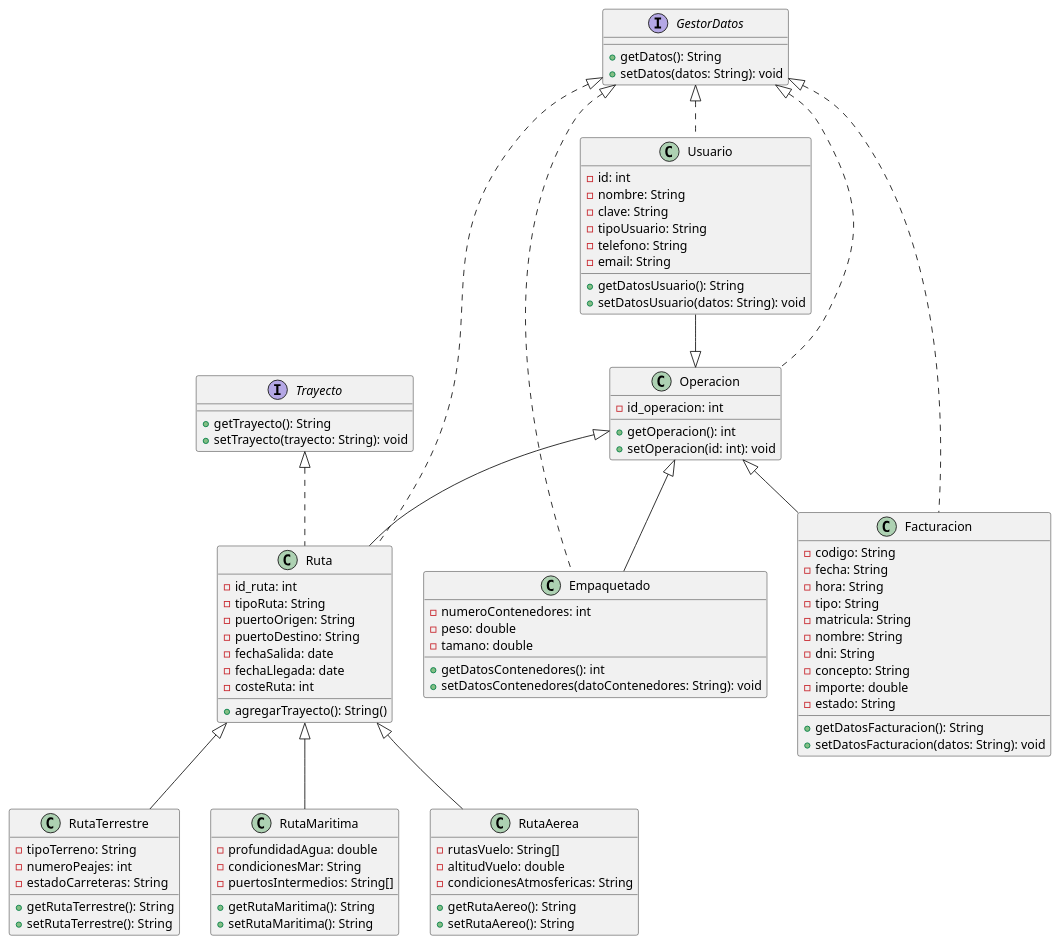
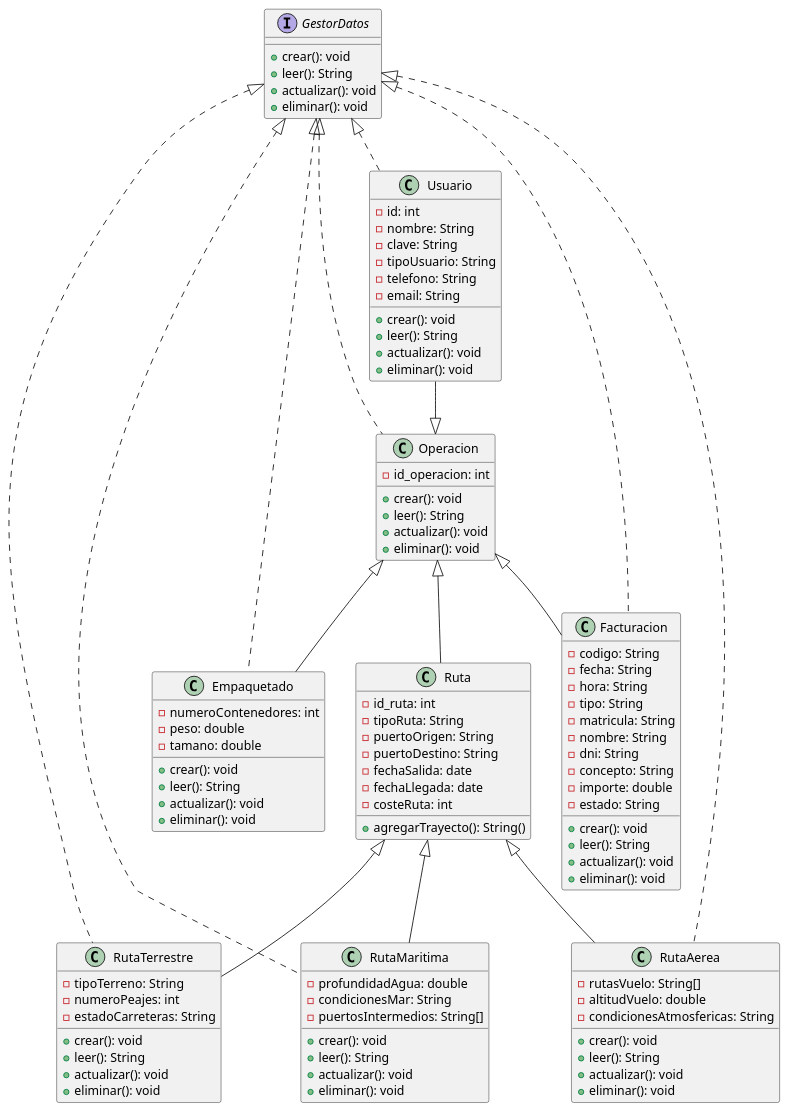
One commit to BenjaLuke/ProyectoProgramacion changed the diagram in diagramas_de_clases_Luis/diagrama_clases_1.2.3.puml. Above: the diagram before and after it, drawn with PlantUML.

Commit message:
actualizacion diagrama clases

```diff
--- a/diagramas_de_clases_Luis/diagrama_clases_1.2.3.puml
+++ b/diagramas_de_clases_Luis/diagrama_clases_1.2.3.puml
@@ -1,119 +1,132 @@
 @startuml
 
 
 class Usuario implements GestorDatos{
     - id: int
     - nombre: String
     - clave: String
     - tipoUsuario: String
     - telefono: String
     - email: String
     
-    + getDatosUsuario(): String
-    + setDatosUsuario(datos: String): void
+    + crear(): void
+    + leer(): String
+    + actualizar(): void
+    + eliminar(): void
     
 }
 
 
 
 class Operacion implements GestorDatos{
     
     - id_operacion: int    
     
-    + getOperacion(): int
-    + setOperacion(id: int): void
+    + crear(): void
+    + leer(): String
+    + actualizar(): void
+    + eliminar(): void
 }
 
-class Ruta implements Trayecto, GestorDatos{
+class Ruta {
     - id_ruta: int
     - tipoRuta: String
     - puertoOrigen: String
     - puertoDestino: String
     - fechaSalida: date
     - fechaLlegada: date
     - costeRuta: int
     
     + agregarTrayecto(): String()
+
     
 }
 
 
 
-class RutaTerrestre extends Ruta {
+class RutaTerrestre extends Ruta implements GestorDatos{
     - tipoTerreno: String
     - numeroPeajes: int
     - estadoCarreteras: String
     
-    + getRutaTerrestre(): String
-    + setRutaTerrestre(): String
+    + crear(): void
+    + leer(): String
+    + actualizar(): void
+    + eliminar(): void
   
 }
 
-class RutaMaritima extends Ruta {
+class RutaMaritima extends Ruta implements GestorDatos{
     - profundidadAgua: double
     - condicionesMar: String
     - puertosIntermedios: String[]
     
-    + getRutaMaritima(): String
-    + setRutaMaritima(): String
+    + crear(): void
+    + leer(): String
+    + actualizar(): void
+    + eliminar(): void
     
 }
 
-class RutaAerea extends Ruta {
+class RutaAerea extends Ruta implements GestorDatos{
     - rutasVuelo: String[]
     - altitudVuelo: double
     - condicionesAtmosfericas: String
     
-    + getRutaAereo(): String
-    + setRutaAereo(): String
+    + crear(): void
+    + leer(): String
+    + actualizar(): void
+    + eliminar(): void
     
 }
 
 class Empaquetado implements GestorDatos{
     - numeroContenedores: int
     - peso: double
     - tamano: double
     
-    + getDatosContenedores(): int
-    + setDatosContenedores(datoContenedores: String): void
+    + crear(): void
+    + leer(): String
+    + actualizar(): void
+    + eliminar(): void
     
 }
 
 class Facturacion implements GestorDatos{
     - codigo: String
     - fecha: String
     - hora: String
     - tipo: String
     - matricula: String
     - nombre: String
     - dni: String
     - concepto: String
     - importe: double
     - estado: String
     
-    + getDatosFacturacion(): String
-    + setDatosFacturacion(datos: String): void
+    + crear(): void
+    + leer(): String
+    + actualizar(): void
+    + eliminar(): void
     
 }
 
 interface GestorDatos {
-    + getDatos(): String
-    + setDatos(datos: String): void
+    + crear(): void
+    + leer(): String
+    + actualizar(): void
+    + eliminar(): void
 }
 
-interface Trayecto {
-    + getTrayecto(): String
-    + setTrayecto(trayecto: String): void
-}
 
 
 
 
 Usuario --|> Operacion
 Operacion <|-- Ruta
 Operacion <|-- Empaquetado
 Operacion <|-- Facturacion
 
 
 
 @enduml
```
